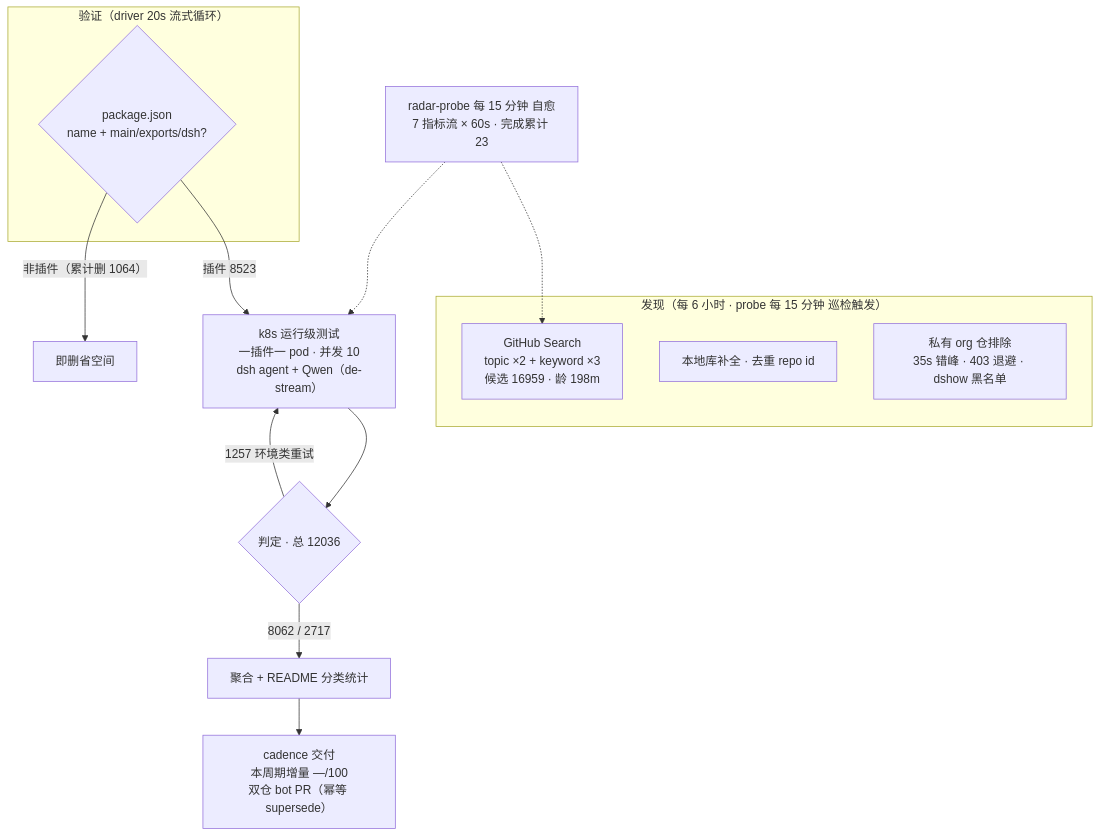
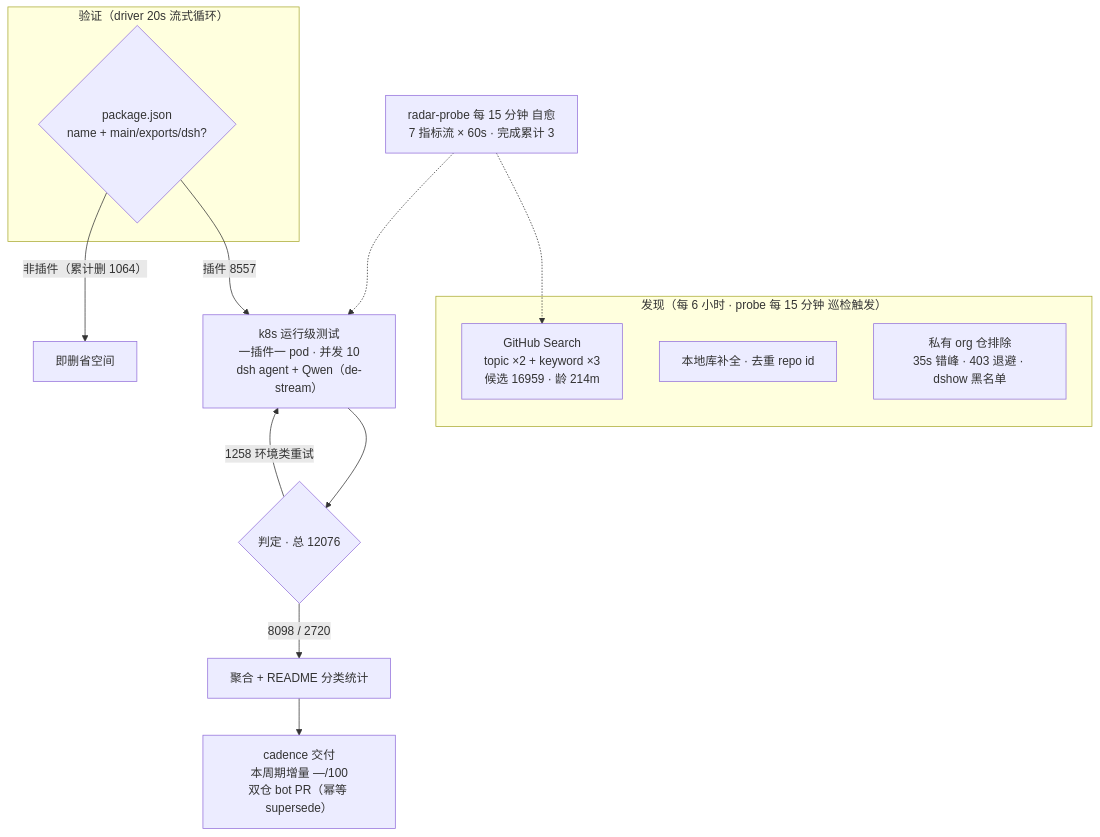
The diagram in README.md (Zhidao-Lab-OSS/awesome-dsh-plugins), drawn with Mermaid before and after one commit. The commit also changed other lines of this file and 1 other file, not shown here.

````diff
--- a/README.md
+++ b/README.md
@@ -52,20 +52,20 @@
 ```mermaid
 flowchart TB
     subgraph Discovery["发现（每 6 小时 · probe 每 15 分钟 巡检触发）"]
-        A1["GitHub Search<br/>topic ×2 + keyword ×3<br/>候选 16959 · 龄 198m"]
+        A1["GitHub Search<br/>topic ×2 + keyword ×3<br/>候选 16959 · 龄 214m"]
         A2["本地库补全 · 去重 repo id"]
         A3["私有 org 仓排除<br/>35s 错峰 · 403 退避 · dshow 黑名单"]
     end
     subgraph Validation["验证（driver 20s 流式循环）"]
         B1{"package.json<br/>name + main/exports/dsh?"}
     end
-    B1 -->|"插件 8523"| C1["k8s 运行级测试<br/>一插件一 pod · 并发 10<br/>dsh agent + Qwen（de-stream）"]
+    B1 -->|"插件 8557"| C1["k8s 运行级测试<br/>一插件一 pod · 并发 10<br/>dsh agent + Qwen（de-stream）"]
     B1 -->|"非插件（累计删 1064）"| B3["即删省空间"]
-    C1 --> D1{"判定 · 总 12036"}
-    D1 -->|"8062 / 2717"| E1["聚合 + README 分类统计"]
-    D1 -->|"1257 环境类重试"| C1
+    C1 --> D1{"判定 · 总 12076"}
+    D1 -->|"8098 / 2720"| E1["聚合 + README 分类统计"]
+    D1 -->|"1258 环境类重试"| C1
     E1 --> E2["cadence 交付<br/>本周期增量 —/100<br/>双仓 bot PR（幂等 supersede）"]
-    M["radar-probe 每 15 分钟 自愈<br/>7 指标流 × 60s · 完成累计 23"]
+    M["radar-probe 每 15 分钟 自愈<br/>7 指标流 × 60s · 完成累计 3"]
     M -.-> A1
     M -.-> C1
 ```
````
